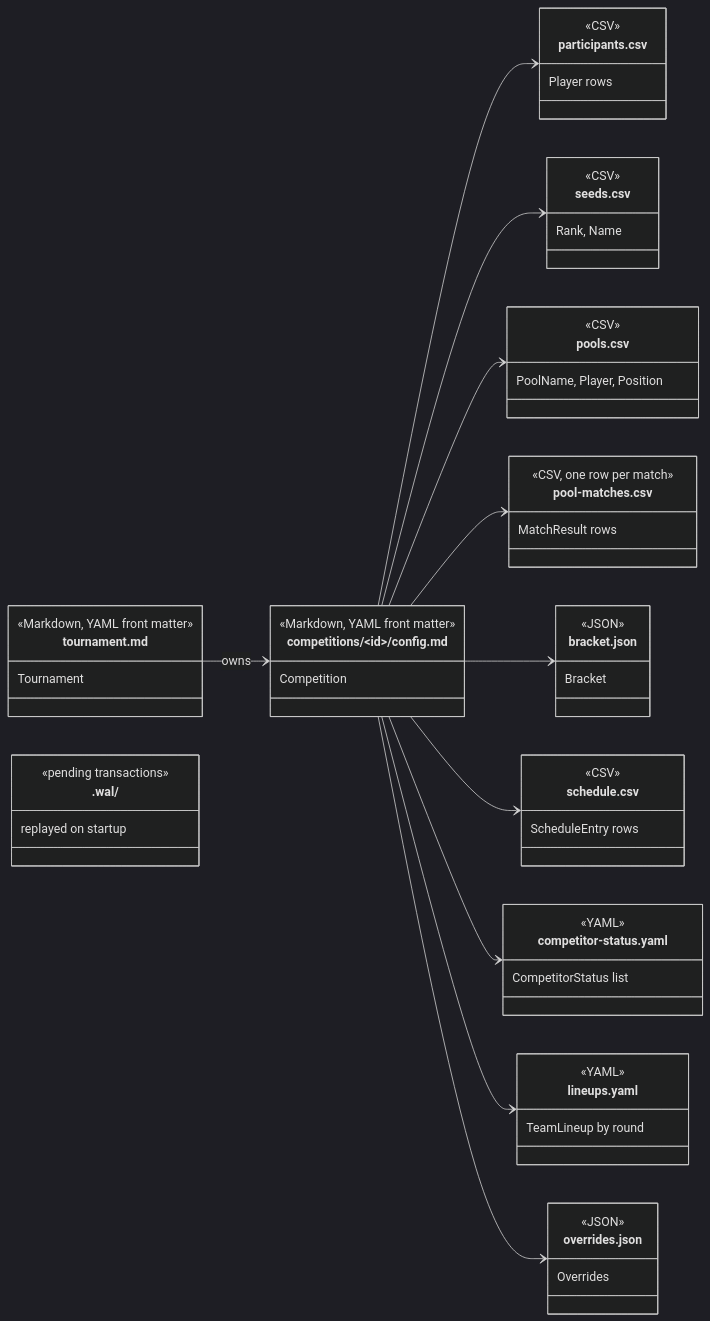
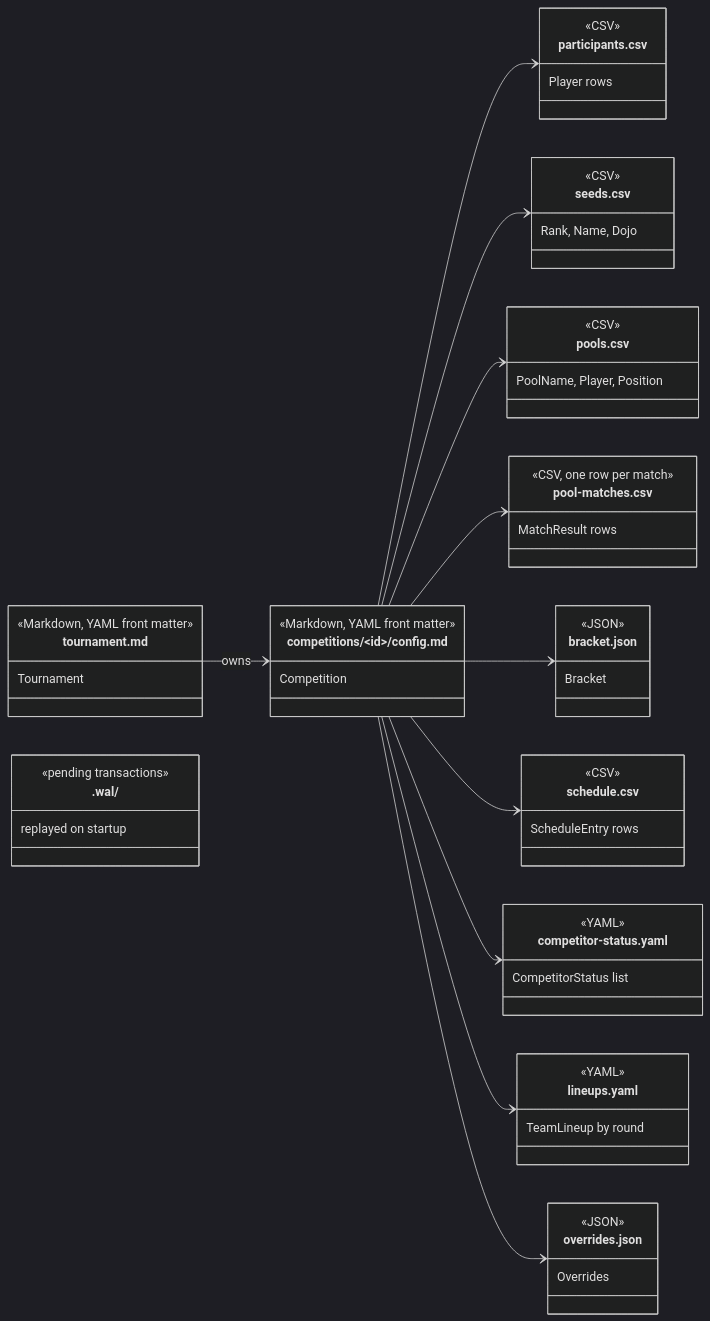
One commit to gitrgoliveira/bracket-creator changed the third of 4 diagrams in docs/architecture/data-model.md. Above: the diagram before and after it, drawn with Mermaid (dark theme). The commit also changed other lines of this file and 5 other files, not shown here.

````diff
--- a/docs/architecture/data-model.md
+++ b/docs/architecture/data-model.md
@@ -246,64 +246,64 @@
 ```mermaid
 classDiagram
     direction LR
 
     class tournament_md["tournament.md"] {
         <<Markdown, YAML front matter>>
         Tournament
     }
     class config_md["competitions/&lt;id&gt;/config.md"] {
         <<Markdown, YAML front matter>>
         Competition
     }
     class participants_csv["participants.csv"] {
         <<CSV>>
         Player rows
     }
     class seeds_csv["seeds.csv"] {
         <<CSV>>
-        Rank, Name
+        Rank, Name, Dojo
     }
     class pools_csv["pools.csv"] {
         <<CSV>>
         PoolName, Player, Position
     }
     class pool_matches_csv["pool-matches.csv"] {
         <<CSV, one row per match>>
         MatchResult rows
     }
     class bracket_json["bracket.json"] {
         <<JSON>>
         Bracket
     }
     class schedule_csv["schedule.csv"] {
         <<CSV>>
         ScheduleEntry rows
     }
     class status_yaml["competitor-status.yaml"] {
         <<YAML>>
         CompetitorStatus list
     }
     class lineups_yaml["lineups.yaml"] {
         <<YAML>>
         TeamLineup by round
     }
     class overrides_json["overrides.json"] {
         <<JSON>>
         Overrides
     }
     class wal[".wal/"] {
         <<pending transactions>>
         replayed on startup
     }
 
     tournament_md --> config_md : owns
     config_md --> participants_csv
     config_md --> seeds_csv
     config_md --> pools_csv
     config_md --> pool_matches_csv
     config_md --> bracket_json
     config_md --> schedule_csv
     config_md --> status_yaml
     config_md --> lineups_yaml
     config_md --> overrides_json
 ```
````
